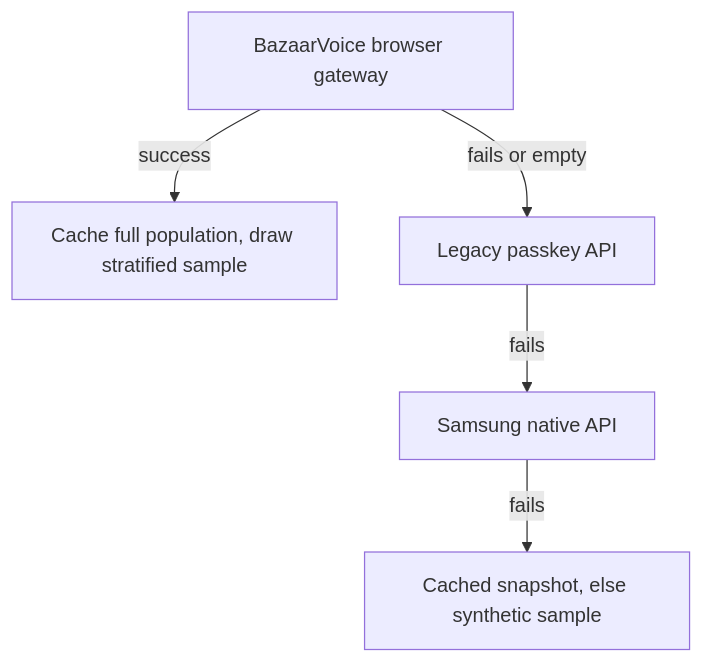
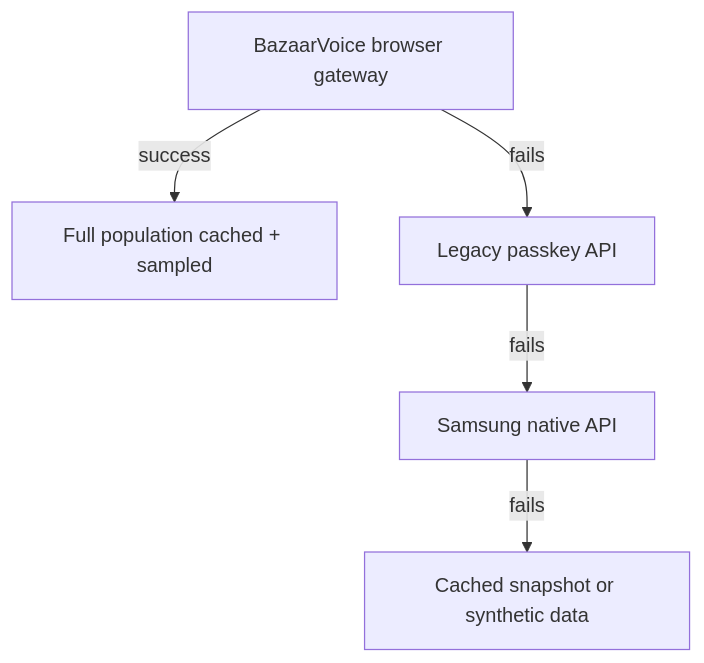
Before and after one commit to dianakang/voc-intelligence-platform: the second of 4 diagrams in README.md, drawn with Mermaid. The commit also changed other lines of this file, not shown here.

First line of the commit message:
Shorten diagram node/edge labels to fix text clipping

````diff
--- a/README.md
+++ b/README.md
@@ -39,7 +40,7 @@
 ```mermaid
 flowchart TD
-    R1[BazaarVoice browser gateway] -->|success| R5[Cache full population, draw stratified sample]
-    R1 -->|fails or empty| R2[Legacy passkey API]
+    R1[BazaarVoice browser gateway] -->|success| R5[Full population cached + sampled]
+    R1 -->|fails| R2[Legacy passkey API]
     R2 -->|fails| R3[Samsung native API]
-    R3 -->|fails| R4[Cached snapshot, else synthetic sample]
+    R3 -->|fails| R4[Cached snapshot or synthetic data]
 ```
````
